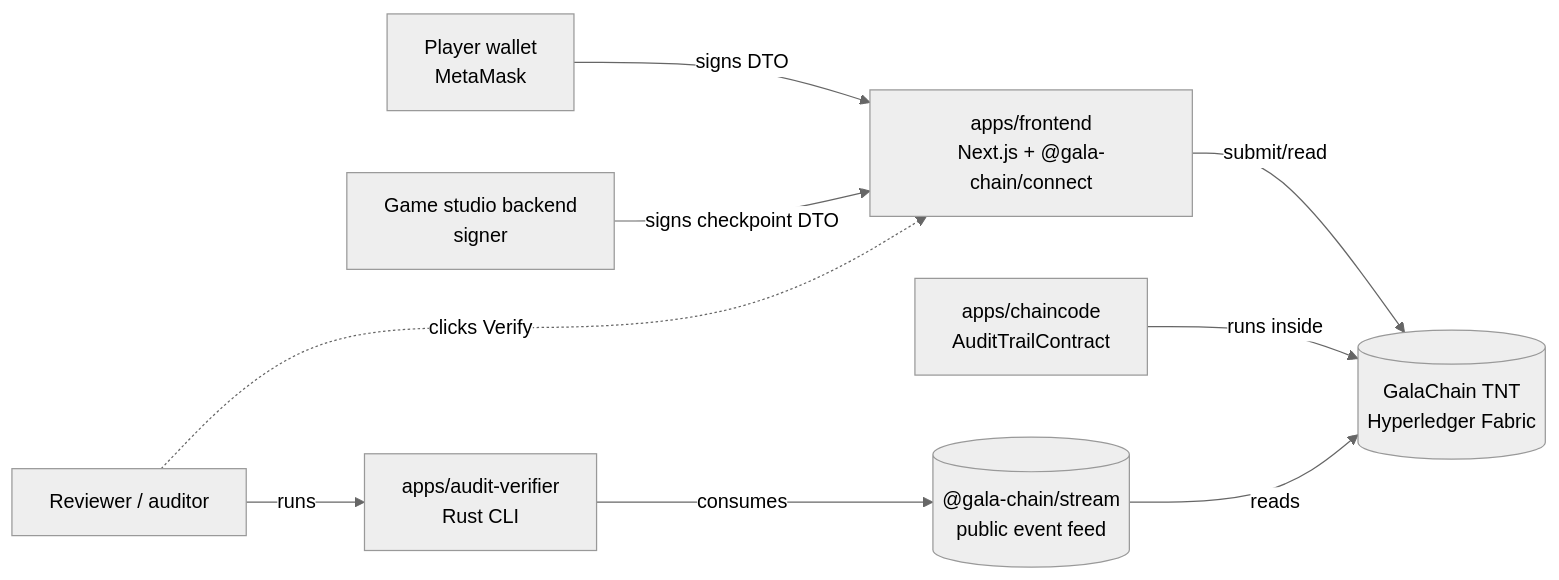
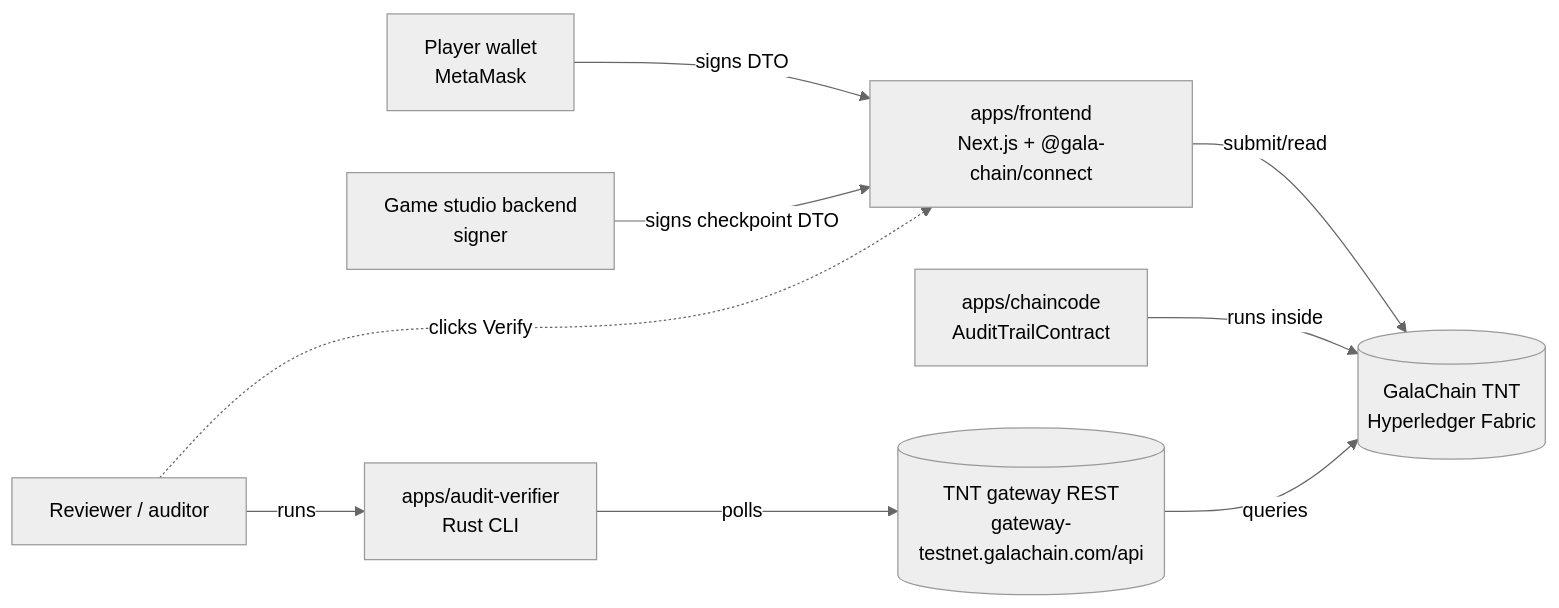
Before and after one commit to JohnnyCarreiro/gala-audit-trail-showcase: the first of 3 diagrams in docs/sad.md, drawn with Mermaid (neutral theme). The commit also changed other lines of this file and 6 other files, not shown here.

````diff
--- a/docs/sad.md
+++ b/docs/sad.md
@@ -10,11 +10,11 @@
 ```mermaid
 flowchart LR
   Player[Player wallet<br/>MetaMask] -- signs DTO --> Frontend
   Studio[Game studio backend<br/>signer] -- signs checkpoint DTO --> Frontend
   Frontend["apps/frontend<br/>Next.js + @gala-chain/connect"] -- submit/read --> GalaChain[(GalaChain TNT<br/>Hyperledger Fabric)]
   Chaincode["apps/chaincode<br/>AuditTrailContract"] -- runs inside --> GalaChain
-  Stream[("@gala-chain/stream<br/>public event feed")] -- reads --> GalaChain
-  Verifier["apps/audit-verifier<br/>Rust CLI"] -- consumes --> Stream
+  Gateway[("TNT gateway REST<br/>gateway-testnet.galachain.com/api")] -- queries --> GalaChain
+  Verifier["apps/audit-verifier<br/>Rust CLI"] -- polls --> Gateway
   Reviewer[Reviewer / auditor] -- runs --> Verifier
   Reviewer -. clicks Verify .-> Frontend
 ```
````
